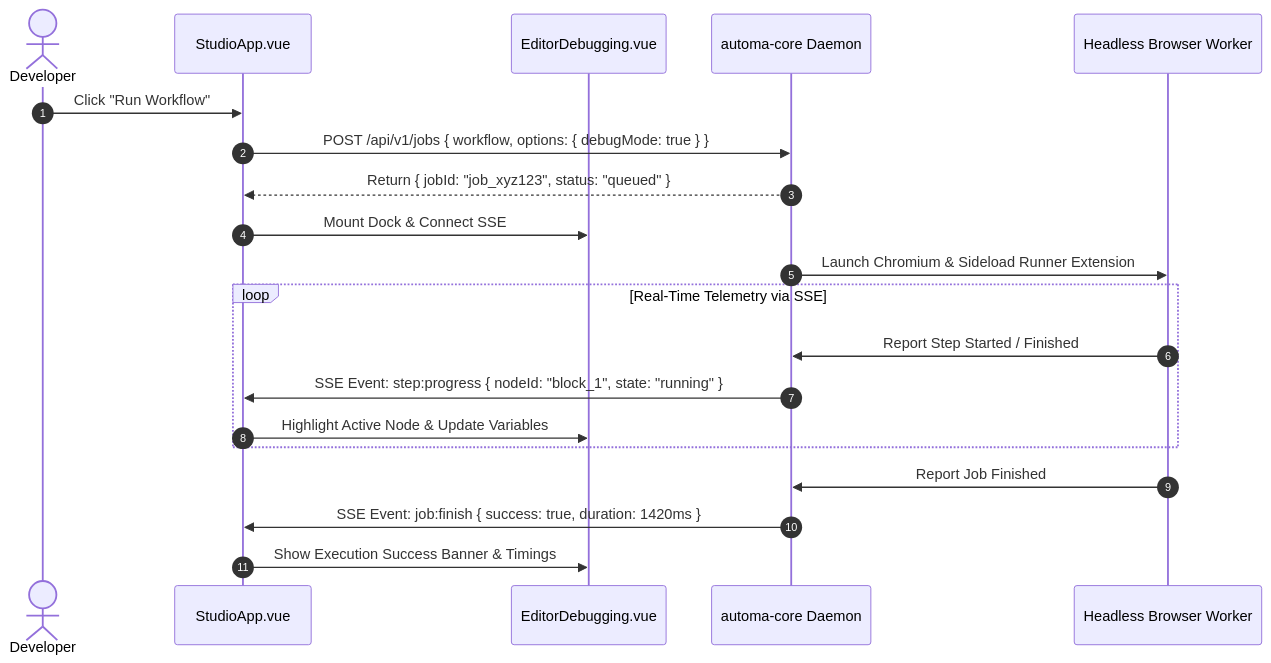
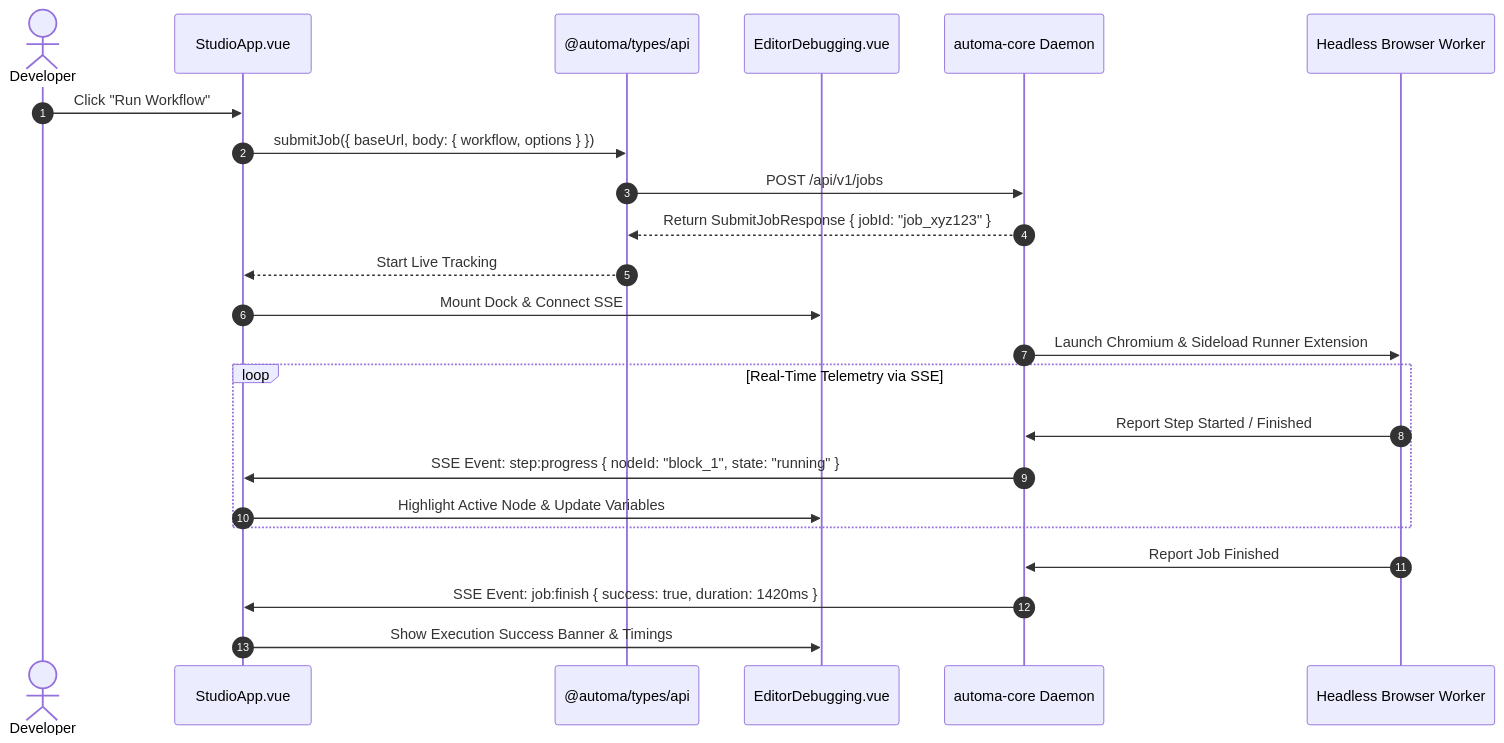
Before and after one commit to tuquet/automa-webe: the fourth of 4 diagrams in src/studio/SRS.md, drawn with Mermaid. The commit also changed other lines of this file and 12 other files, not shown here.

Commit message:
refactor(studio): restructure into clean architecture with components, composables, and adapters

````diff
--- a/src/studio/SRS.md
+++ b/src/studio/SRS.md
@@ -205,26 +283,29 @@
 ```mermaid
 sequenceDiagram
     autonumber
     actor Dev as Developer
     participant UI as StudioApp.vue
+    participant SDK as @automa/types/api
     participant DebugDock as EditorDebugging.vue
     participant Core as automa-core Daemon
     participant Runner as Headless Browser Worker
 
     Dev->>UI: Click "Run Workflow"
-    UI->>Core: POST /api/v1/jobs { workflow, options: { debugMode: true } }
-    Core-->>UI: Return { jobId: "job_xyz123", status: "queued" }
+    UI->>SDK: submitJob({ baseUrl, body: { workflow, options } })
+    SDK->>Core: POST /api/v1/jobs
+    Core-->>SDK: Return SubmitJobResponse { jobId: "job_xyz123" }
+    SDK-->>UI: Start Live Tracking
     
     UI->>DebugDock: Mount Dock & Connect SSE
     Core->>Runner: Launch Chromium & Sideload Runner Extension
     
     loop Real-Time Telemetry via SSE
         Runner->>Core: Report Step Started / Finished
         Core->>UI: SSE Event: step:progress { nodeId: "block_1", state: "running" }
         UI->>DebugDock: Highlight Active Node & Update Variables
     end
 
     Runner->>Core: Report Job Finished
     Core->>UI: SSE Event: job:finish { success: true, duration: 1420ms }
     UI->>DebugDock: Show Execution Success Banner & Timings
 ```
````
